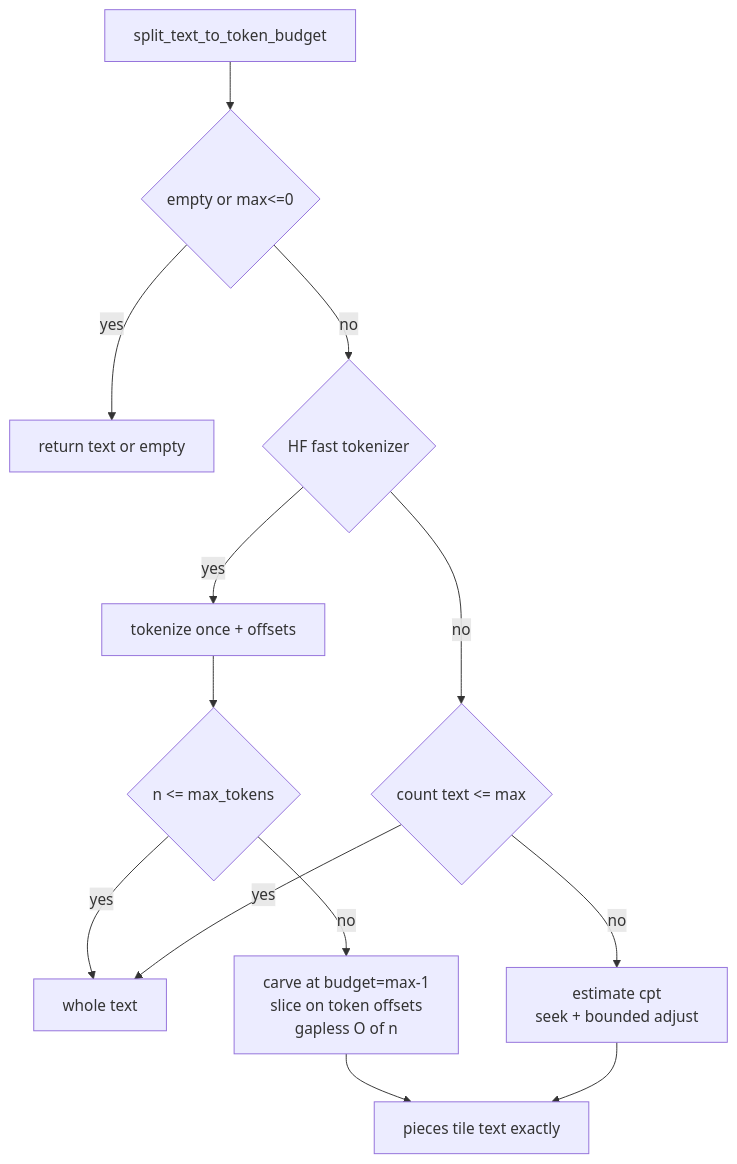
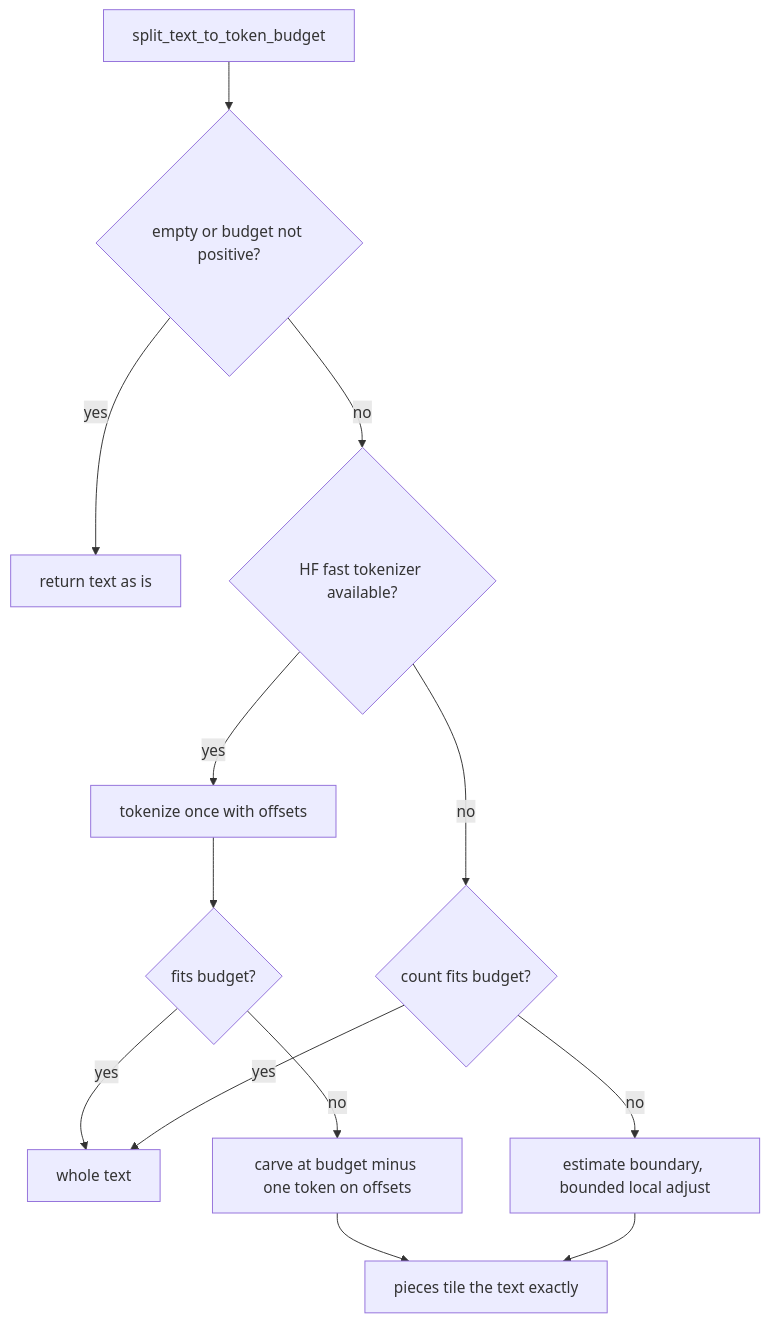
Before and after one commit to wilke/ragstack: diagram 13 of 45 in docs/ARCHITECTURE-DEEP-DIVE.md, drawn with Mermaid. The commit also changed other lines of this file and 2 other files, not shown here.

First line of the commit message:
docs: rewrite the architecture deep-dive against main 22b44be (#631)

````diff
--- a/docs/ARCHITECTURE-DEEP-DIVE.md
+++ b/docs/ARCHITECTURE-DEEP-DIVE.md
@@ -351,15 +735,15 @@
 ```mermaid
 flowchart TD
-  A[split_text_to_token_budget] --> B{empty or max<=0}
-  B -- yes --> Z1[return text or empty]
-  B -- no --> C{HF fast tokenizer}
-  C -- yes --> D[tokenize once + offsets]
-  D --> E{n <= max_tokens}
-  E -- yes --> Z2[whole text]
-  E -- no --> F[carve at budget=max-1<br/>slice on token offsets<br/>gapless O of n]
-  C -- no --> G{count text <= max}
-  G -- yes --> Z2
-  G -- no --> H[estimate cpt<br/>seek + bounded adjust]
-  F --> Z[pieces tile text exactly]
-  H --> Z
+    A["split_text_to_token_budget"] --> B{"empty or budget not positive?"}
+    B -- "yes" --> Z1["return text as is"]
+    B -- "no" --> C{"HF fast tokenizer available?"}
+    C -- "yes" --> D["tokenize once with offsets"]
+    D --> E{"fits budget?"}
+    E -- "yes" --> Z2["whole text"]
+    E -- "no" --> F["carve at budget minus one token on offsets"]
+    C -- "no" --> G{"count fits budget?"}
+    G -- "yes" --> Z2
+    G -- "no" --> H["estimate boundary, bounded local adjust"]
+    F --> Z["pieces tile the text exactly"]
+    H --> Z
 ```
````
